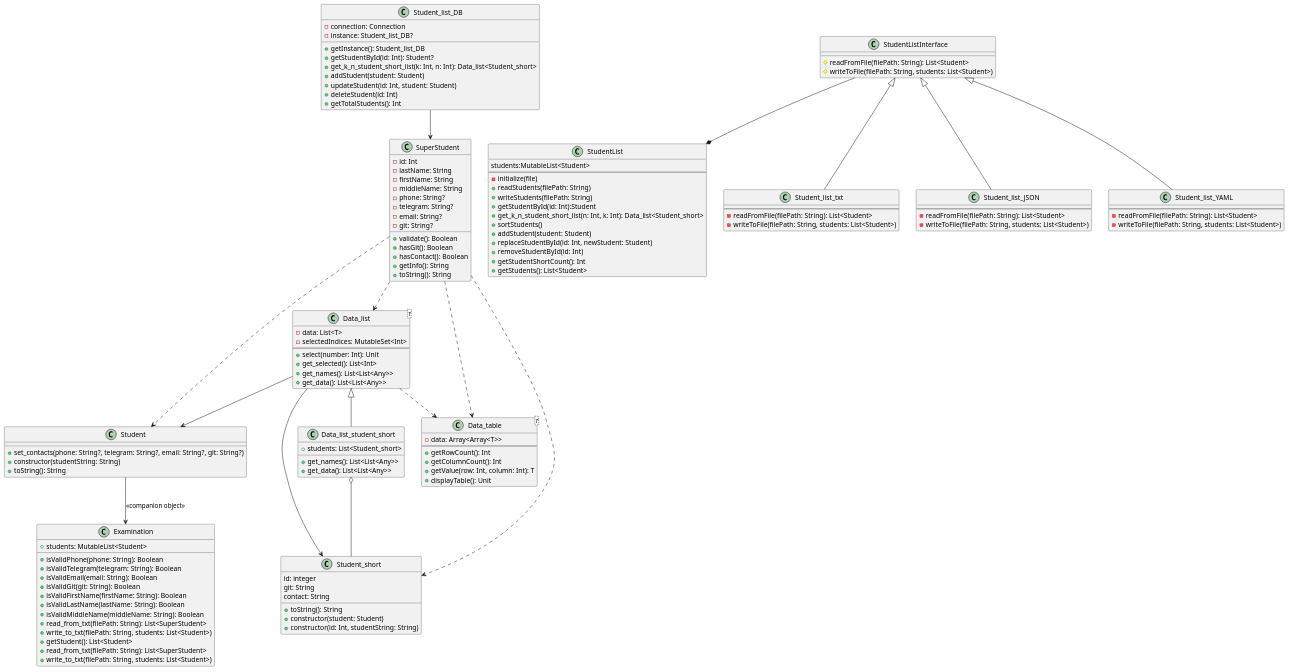
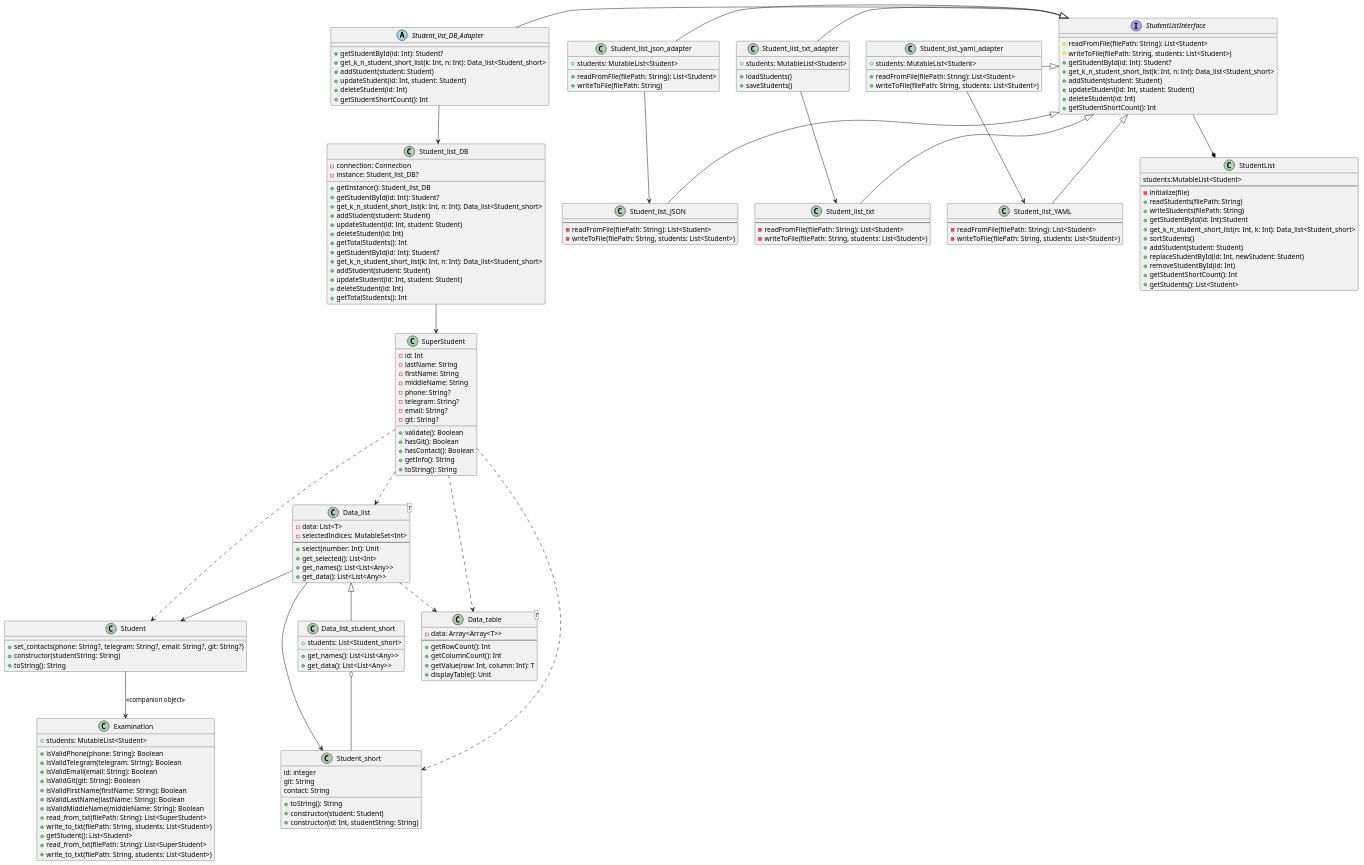
The diagram in LR5_Adapter/src/main/kotlin/Diagramm.puml (Sc00taloo/Pattern), drawn with PlantUML before and after one commit.

Commit message:
Task 5.3 - Скорректировать диаграмму классов

```diff
--- a/LR5_Adapter/src/main/kotlin/Diagramm.puml
+++ b/LR5_Adapter/src/main/kotlin/Diagramm.puml
@@ -88,9 +88,15 @@
 +getStudents(): List<Student>
 }
 
-class StudentListInterface{
+interface StudentListInterface {
 #readFromFile(filePath: String): List<Student>
 #writeToFile(filePath: String, students: List<Student>)
+    +getStudentById(id: Int): Student?
+    +get_k_n_student_short_list(k: Int, n: Int): Data_list<Student_short>
+    +addStudent(student: Student)
+    +updateStudent(id: Int, student: Student)
+    +deleteStudent(id: Int)
+    +getStudentShortCount(): Int
 }
 
 class Student_list_txt{
@@ -123,6 +129,60 @@
     + getTotalStudents(): Int
 }
 
+abstract class Student_list_DB_Adapter {
+    +getStudentById(id: Int): Student?
+    +get_k_n_student_short_list(k: Int, n: Int): Data_list<Student_short>
+    +addStudent(student: Student)
+    +updateStudent(id: Int, student: Student)
+    +deleteStudent(id: Int)
+    +getStudentShortCount(): Int
+}
+
+' Класс Student_list_json_adapter
+class Student_list_json_adapter {
+    +students: MutableList<Student>
+    +readFromFile(filePath: String): List<Student>
+    +writeToFile(filePath: String)
+}
+
+' Класс Student_list_txt_adapter
+class Student_list_txt_adapter {
+    +students: MutableList<Student>
+    +loadStudents()
+    +saveStudents()
+}
+
+' Класс Student_list_yaml_adapter
+class Student_list_yaml_adapter {
+    +students: MutableList<Student>
+    +readFromFile(filePath: String): List<Student>
+    +writeToFile(filePath: String, students: List<Student>)
+}
+
+' Класс Student_list_DB
+class Student_list_DB {
+    +getStudentById(id: Int): Student?
+    +get_k_n_student_short_list(k: Int, n: Int): Data_list<Student_short>
+    +addStudent(student: Student)
+    +updateStudent(id: Int, student: Student)
+    +deleteStudent(id: Int)
+    +getTotalStudents(): Int
+}
+
+' Связь интерфейса и классов-адаптеров
+Student_list_json_adapter -|> StudentListInterface
+Student_list_txt_adapter -|> StudentListInterface
+Student_list_yaml_adapter -|> StudentListInterface
+Student_list_DB_Adapter -|> StudentListInterface
+
+' Связь классов адаптеров с их источниками
+Student_list_json_adapter --> Student_list_JSON
+Student_list_txt_adapter --> Student_list_txt
+Student_list_yaml_adapter --> Student_list_YAML
+
+' Связь адаптера для базы данных с классом базы данных
+Student_list_DB_Adapter --> Student_list_DB
+
 Student_list_DB --> SuperStudent
 Data_list --> Student_short
 Data_list --> Student
```
